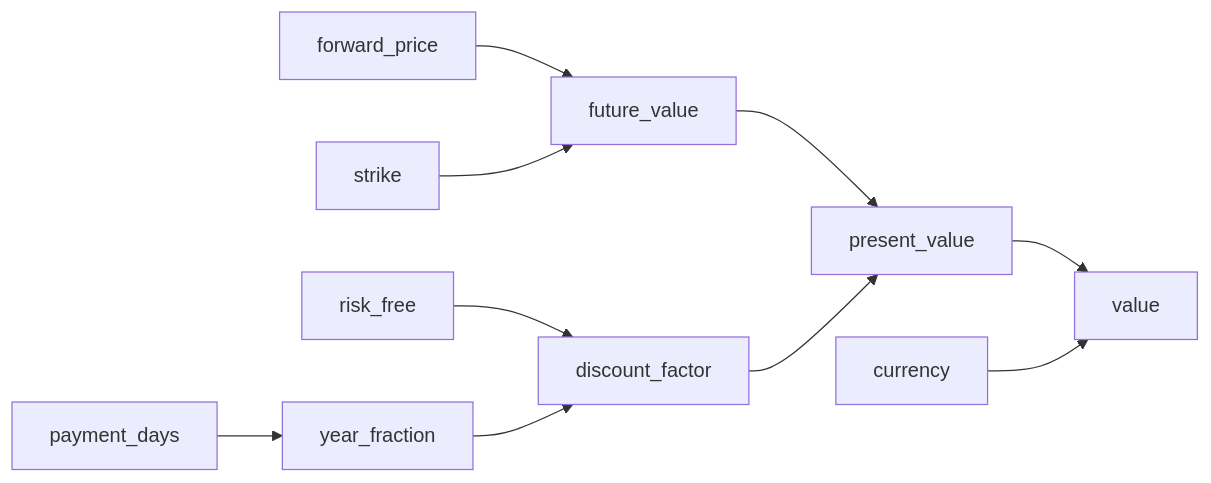
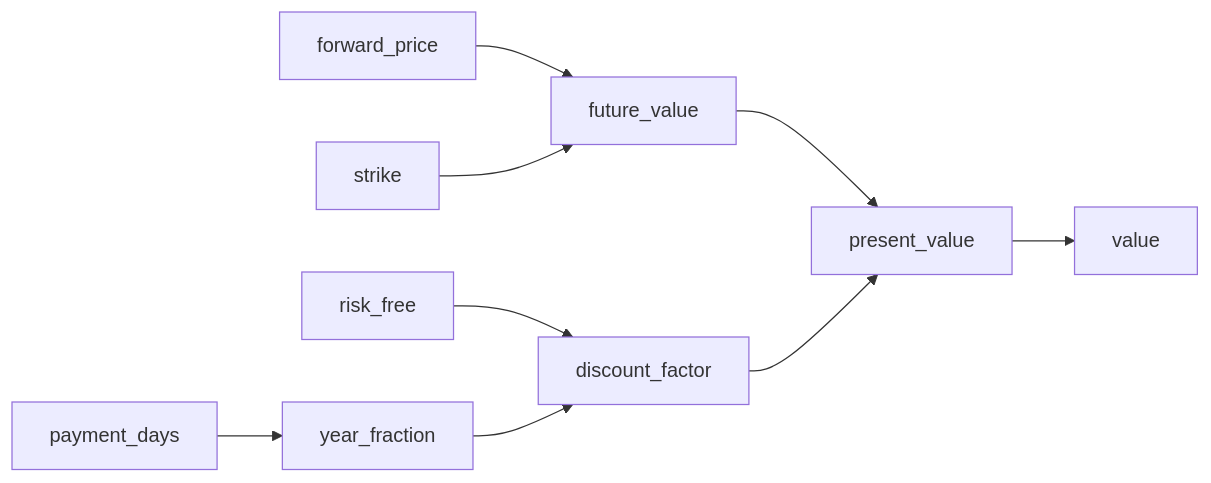
Before and after one commit to Occhima/risk-toolkit: the diagram in docs/examples/03_inspect_a_formula.md, drawn with Mermaid. The commit also changed 68 other files, not shown here.

````diff
--- a/docs/examples/03_inspect_a_formula.md
+++ b/docs/examples/03_inspect_a_formula.md
@@ -22,12 +22,11 @@
 ```mermaid
 flowchart LR
     payment_days --> year_fraction
     risk_free --> discount_factor
     year_fraction --> discount_factor
     forward_price --> future_value
     strike --> future_value
     future_value --> present_value
     discount_factor --> present_value
     present_value --> value
-    currency --> value
 ```
````
